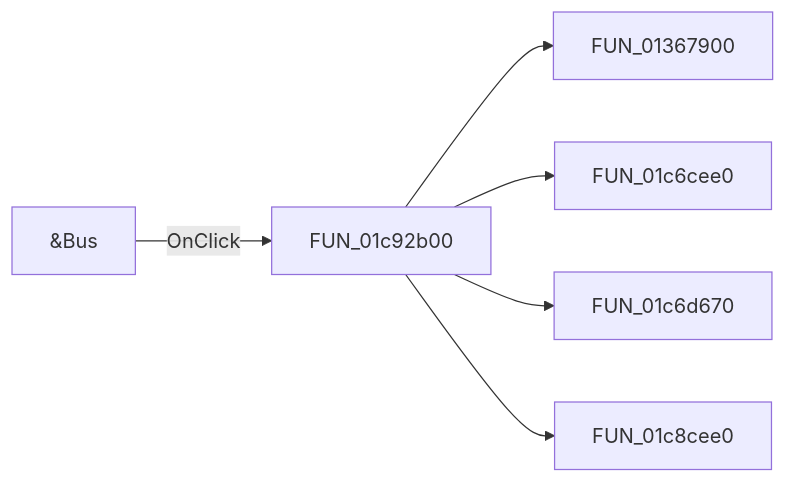
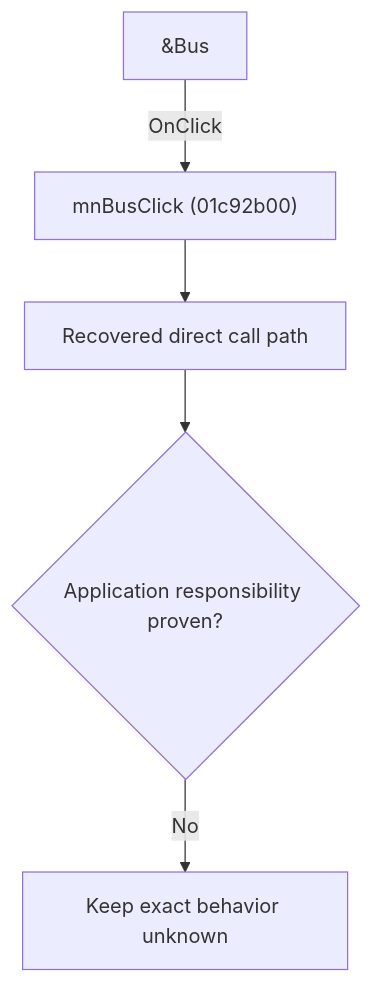
One commit to MovGP0/TIARA changed the diagram in docs/ui-controls/schematiceditor/mnbus-9ed0d129e6.md. Above: the diagram before and after it, drawn with Mermaid. The commit also changed other lines of this file and 1062 other files, not shown here.

````diff
--- a/docs/ui-controls/schematiceditor/mnbus-9ed0d129e6.md
+++ b/docs/ui-controls/schematiceditor/mnbus-9ed0d129e6.md
@@ -27,8 +27,7 @@
 ```mermaid
-flowchart LR
-    control["&Bus"] -->|OnClick| handler["FUN_01c92b00"]
-    handler --> call1["FUN_01367900"]
-    handler --> call2["FUN_01c6cee0"]
-    handler --> call3["FUN_01c6d670"]
-    handler --> call4["FUN_01c8cee0"]
+flowchart TD
+    control["&Bus"] -->|"OnClick"| handler["mnBusClick (01c92b00)"]
+    handler --> recovered["Recovered direct call path"]
+    recovered --> gap{"Application responsibility proven?"}
+    gap -->|"No"| blocked["Keep exact behavior unknown"]
 ```
````
